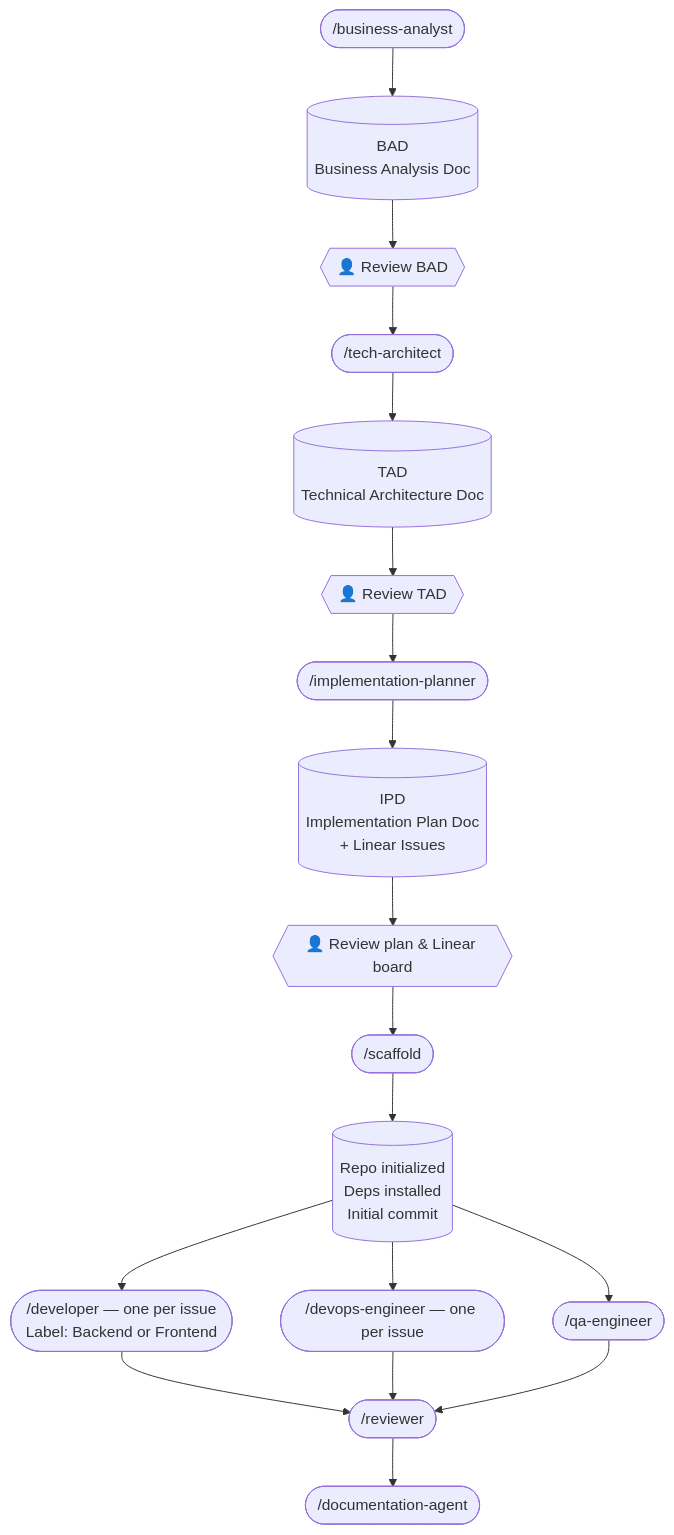
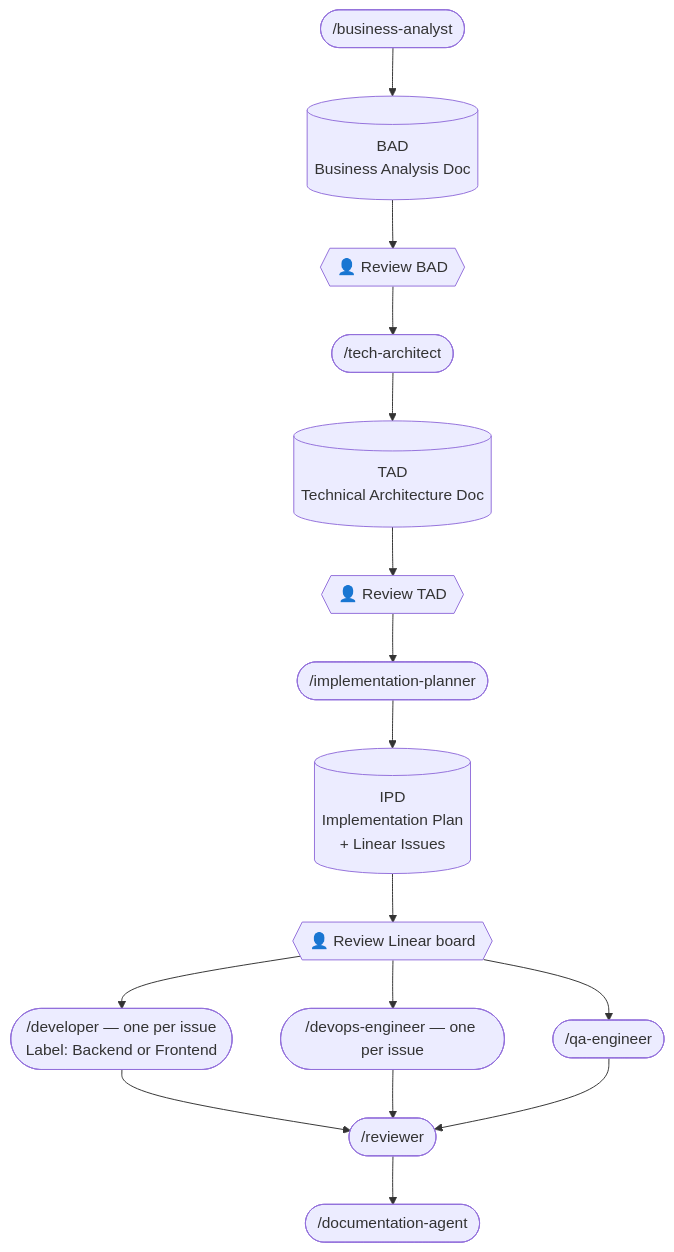
Before and after one commit to FCabiddu/pocket-it: the second of 3 diagrams in README.md, drawn with Mermaid. The commit also changed other lines of this file and 12 other files, not shown here.

First line of the commit message:
refactor(gitignore): exclude Flow A and Flow C agents from versioning

````diff
--- a/README.md
+++ b/README.md
@@ -27,20 +26,18 @@
 ```mermaid
 flowchart TD
     A(["/business-analyst"]) --> B[("BAD\nBusiness Analysis Doc")]
     B --> BC{{"👤 Review BAD"}}
     BC --> C(["/tech-architect"])
     C --> D[("TAD\nTechnical Architecture Doc")]
     D --> DC{{"👤 Review TAD"}}
     DC --> E(["/implementation-planner"])
-    E --> F[("IPD\nImplementation Plan Doc\n+ Linear Issues")]
-    F --> G{{"👤 Review plan & Linear board"}}
-    G --> H(["/scaffold"])
-    H --> I[("Repo initialized\nDeps installed\nInitial commit")]
-    I --> J(["/developer — one per issue\nLabel: Backend or Frontend"])
-    I --> K(["/devops-engineer — one per issue"])
-    I --> L(["/qa-engineer"])
-    J --> M(["/reviewer"])
-    K --> M
-    L --> M
-    M --> N(["/documentation-agent"])
+    E --> F[("IPD\nImplementation Plan\n+ Linear Issues")]
+    F --> G{{"👤 Review Linear board"}}
+    G --> H(["/developer — one per issue\nLabel: Backend or Frontend"])
+    G --> I(["/devops-engineer — one per issue"])
+    G --> J(["/qa-engineer"])
+    H --> K(["/reviewer"])
+    I --> K
+    J --> K
+    K --> L(["/documentation-agent"])
 ```
````
